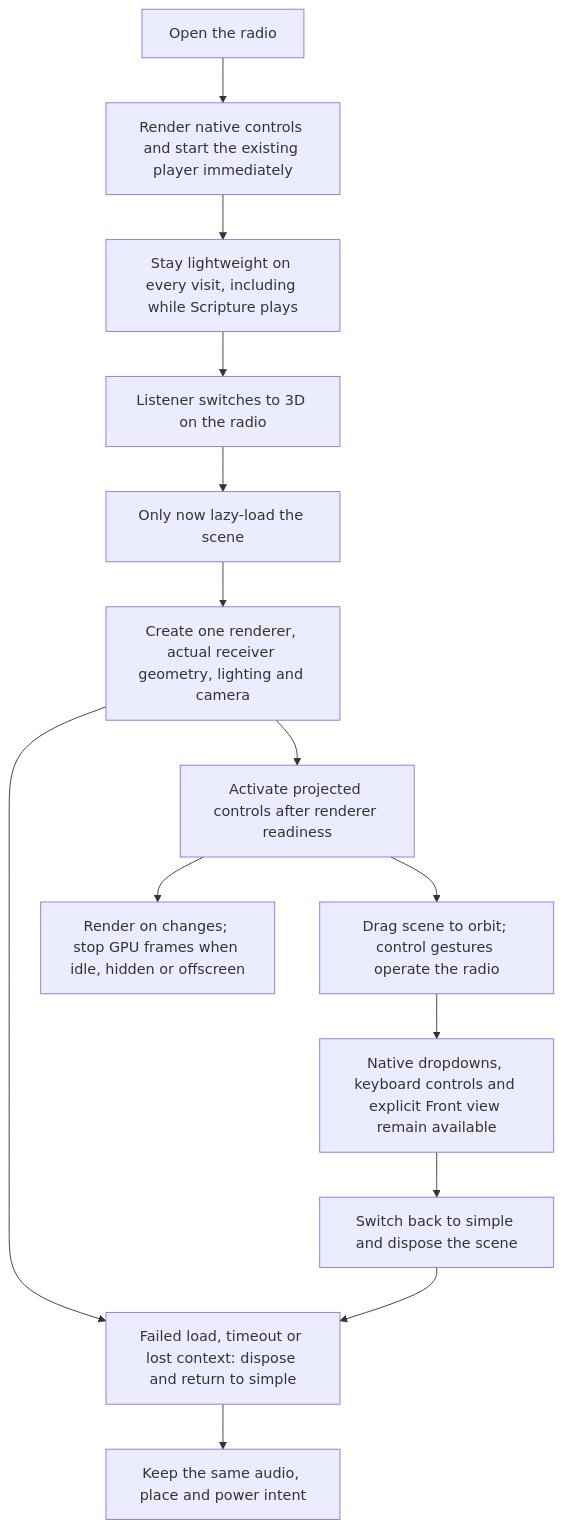
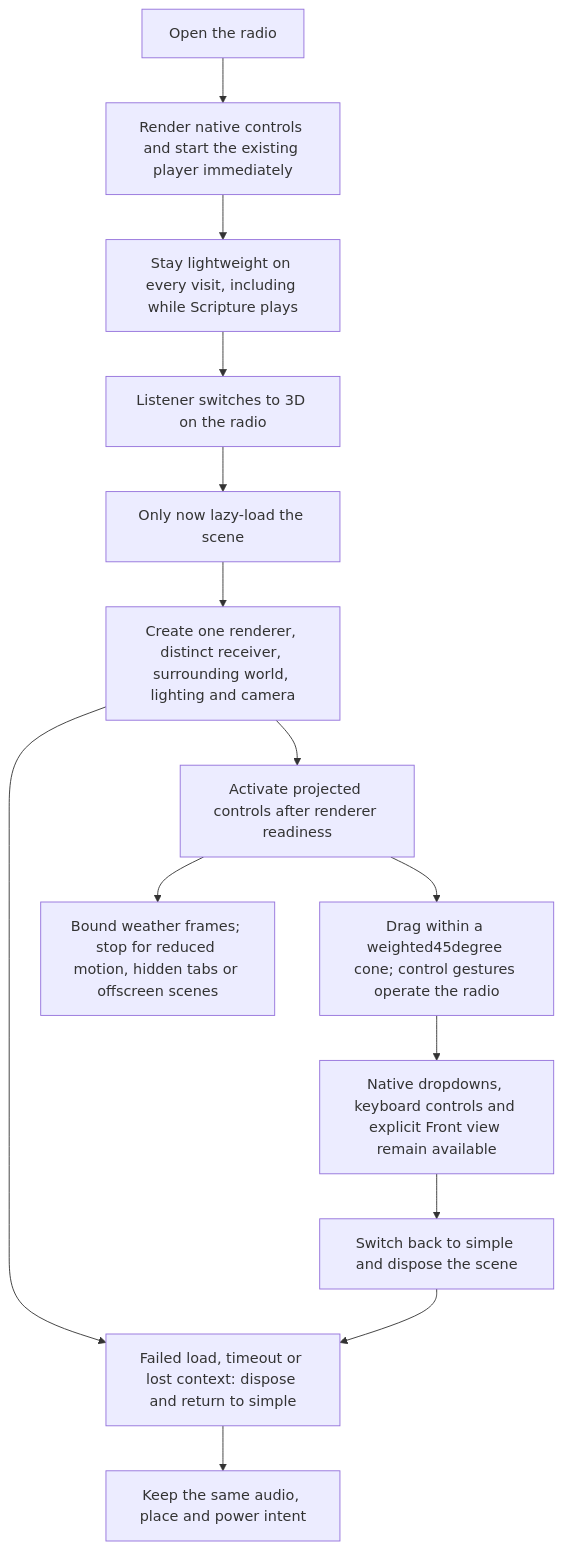
The diagram in spec-chirho/workflows-chirho/experience-chirho/spatial_radio_workflow_chirho.md (loveJesus/audiobiblerad.io-chirho), drawn with Mermaid before and after one commit. The commit also changed other lines of this file and 39 other files, not shown here.

````diff
--- a/spec-chirho/workflows-chirho/experience-chirho/spatial_radio_workflow_chirho.md
+++ b/spec-chirho/workflows-chirho/experience-chirho/spatial_radio_workflow_chirho.md
@@ -5,16 +5,16 @@
 ```mermaid
 flowchart TD
     open_chirho[Open the radio] --> plain_chirho[Render native controls and start the existing player immediately]
     plain_chirho --> simple_chirho[Stay lightweight on every visit, including while Scripture plays]
     simple_chirho --> switch_chirho[Listener switches to 3D on the radio]
     switch_chirho --> lazy_chirho[Only now lazy-load the scene]
-    lazy_chirho --> gpu_chirho[Create one renderer, actual receiver geometry, lighting and camera]
+    lazy_chirho --> gpu_chirho[Create one renderer, distinct receiver, surrounding world, lighting and camera]
     gpu_chirho --> smooth_chirho[Activate projected controls after renderer readiness]
     gpu_chirho --> fallback_chirho[Failed load, timeout or lost context: dispose and return to simple]
-    smooth_chirho --> orbit_chirho[Drag scene to orbit; control gestures operate the radio]
+    smooth_chirho --> orbit_chirho[Drag within a weighted45degree cone; control gestures operate the radio]
     orbit_chirho --> native_chirho[Native dropdowns, keyboard controls and explicit Front view remain available]
     native_chirho --> off_chirho[Switch back to simple and dispose the scene]
     off_chirho --> fallback_chirho
     fallback_chirho --> audio_chirho[Keep the same audio, place and power intent]
-    smooth_chirho --> visibility_chirho[Render on changes; stop GPU frames when idle, hidden or offscreen]
+    smooth_chirho --> visibility_chirho[Bound weather frames; stop for reduced motion, hidden tabs or offscreen scenes]
 ```
````
